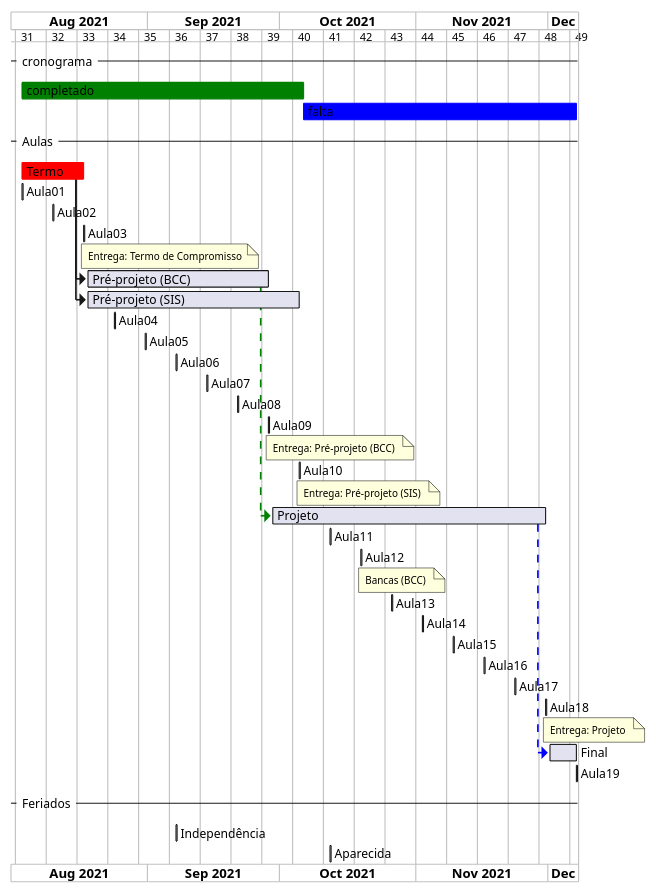
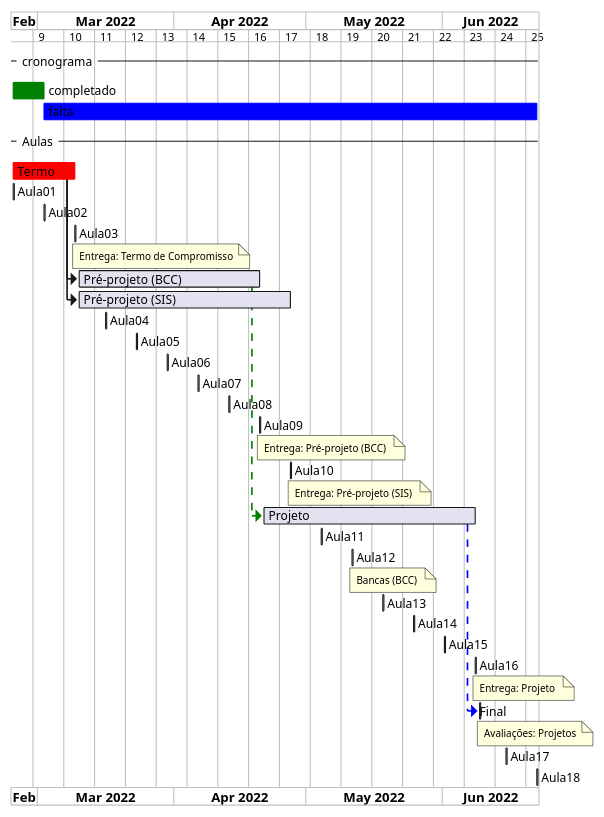
Before and after one commit to dalton-reis/disciplina_TCC1_Privado: the diagram in cronograma.wsd, drawn with PlantUML. The commit also changed 6 other files, not shown here.

```diff
--- a/cronograma.wsd
+++ b/cronograma.wsd
@@ -1,64 +1,61 @@
 @startgantt
 
 ganttscale weekly
 
-Project starts 2021-08-01
+Project starts 2022-02-23
 
 -- cronograma -- 
 [completado] is colored in green
-[completado] starts 2021-08-03 and ends 2021-10-06
-[falta] starts 2021-10-06 and ends 2021-12-07
+[completado] starts 2022-02-23 and ends 2022-03-02
+[falta] starts 2022-03-02 and ends 2022-06-22
 [falta] is colored in blue
 
 -- Aulas -- 
 [Termo] is colored in Red
-[Termo]  starts 2021-08-03 and ends 2021-08-17
-[Aula01] starts 2021-08-03 and ends 2021-08-03
-[Aula02] starts 2021-08-10 and ends 2021-08-10
-[Aula03] starts 2021-08-17 and ends 2021-08-17
+[Termo]  starts 2022-02-23 and ends 2022-03-09
+[Aula01] starts 2022-02-23 and ends 2022-02-23
+[Aula02] starts 2022-03-02 and ends 2022-03-02
+[Aula03] starts 2022-03-09 and ends 2022-03-09
 note bottom
 Entrega: Termo de Compromisso
 end note
 [Pré-projeto (BCC)] starts at [Termo]'s end
-[Pré-projeto (BCC)] ends 2021-09-28
+[Pré-projeto (BCC)] ends 2022-04-20
 [Pré-projeto (SIS)] starts at [Termo]'s end
-[Pré-projeto (SIS)] ends 2021-10-05
-[Aula04] starts 2021-08-24 and ends 2021-08-24
-[Aula05] starts 2021-08-31 and ends 2021-08-31
-[Aula06] starts 2021-09-07 and ends 2021-09-07
-[Aula07] starts 2021-09-14 and ends 2021-09-14
-[Aula08] starts 2021-09-21 and ends 2021-09-21
-[Aula09] starts 2021-09-28 and ends 2021-09-28
+[Pré-projeto (SIS)] ends 2022-04-27
+[Aula04] starts 2022-03-16 and ends 2022-03-16
+[Aula05] starts 2022-03-23 and ends 2022-03-23
+[Aula06] starts 2022-03-30 and ends 2022-03-30
+[Aula07] starts 2022-04-06 and ends 2022-04-06
+[Aula08] starts 2022-04-13 and ends 2022-04-13
+[Aula09] starts 2022-04-20 and ends 2022-04-20
 note bottom
 Entrega: Pré-projeto (BCC) 
 end note
-[Aula10] starts 2021-10-05 and ends 2021-10-05
+[Aula10] starts 2022-04-27 and ends 2022-04-27
 note bottom
 Entrega: Pré-projeto (SIS) 
 end note
 [Projeto] starts at [Pré-projeto (BCC)]'s end with green dashed link
-[Projeto] ends 2021-11-30
-[Aula11] starts 2021-10-12 and ends 2021-10-12
-[Aula12] starts 2021-10-19 and ends 2021-10-19
+[Projeto] ends 2022-06-08
+[Aula11] starts 2022-05-04 and ends 2022-05-04
+[Aula12] starts 2022-05-11 and ends 2022-05-11
 note bottom
 Bancas (BCC) 
 end note
-[Aula13] starts 2021-10-26 and ends 2021-10-26
-[Aula14] starts 2021-11-02 and ends 2021-11-02
-[Aula15] starts 2021-11-09 and ends 2021-11-09
-[Aula16] starts 2021-11-16 and ends 2021-11-16
-[Aula17] starts 2021-11-23 and ends 2021-11-23
-[Aula18] starts 2021-11-30 and ends 2021-11-30
+[Aula13] starts 2022-05-18 and ends 2022-05-18
+[Aula14] starts 2022-05-25 and ends 2022-05-25
+[Aula15] starts 2022-06-01 and ends 2022-06-01
+[Aula16] starts 2022-06-08 and ends 2022-06-08
 note bottom
 Entrega: Projeto 
 end note
 [Final] starts at [Projeto]'s end with blue dashed link
-[Final] ends 2021-12-07
-[Aula19] starts 2021-12-07 and ends 2021-12-07
-
--- Feriados --
-[Independência] starts 2021-09-07 and ends 2021-09-07
-[Aparecida] starts 2021-10-12 and ends 2021-10-12
-
+[Final] ends 2022-06-08
+note bottom
+Avaliações: Projetos
+end note
+[Aula17] starts 2022-06-15 and ends 2022-06-15
+[Aula18] starts 2022-06-22 and ends 2022-06-22
 
 @endgantt
```
